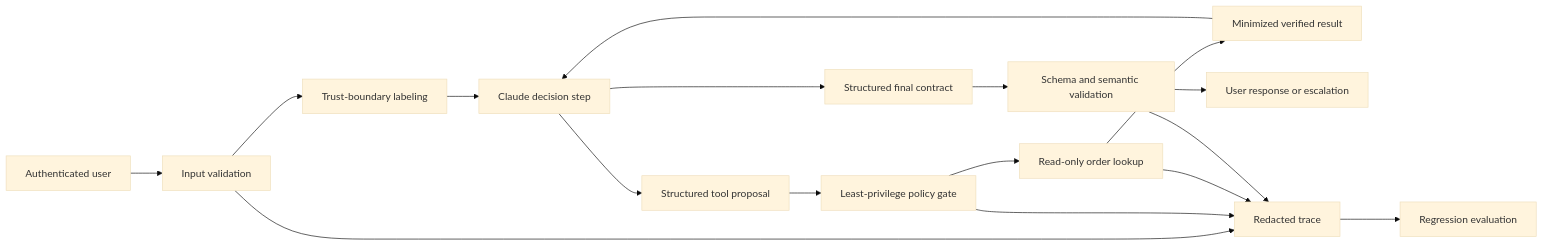
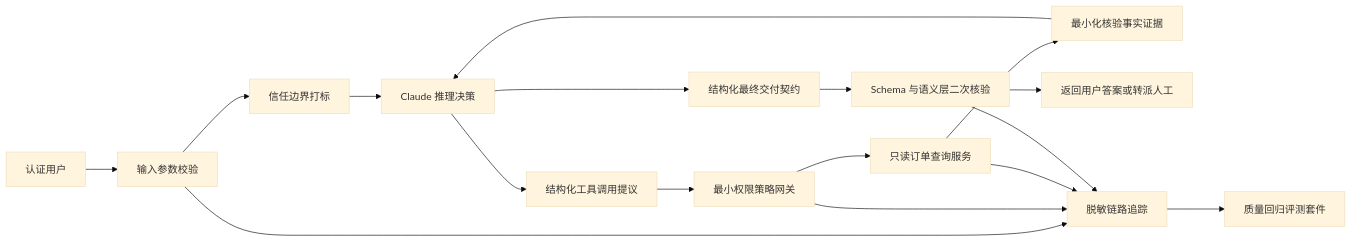
The first of 2 diagrams in certifications/claude/lessons/30-developer-application-capstone/docs/en.md (cluster1900/ai-engineering-from-scratch-zh), drawn with Mermaid (base theme) before and after one commit. The commit also changed other lines of this file and 187 other files, not shown here.

````diff
--- a/certifications/claude/lessons/30-developer-application-capstone/docs/en.md
+++ b/certifications/claude/lessons/30-developer-application-capstone/docs/en.md
@@ -70,19 +72,19 @@
 ```mermaid
 flowchart LR
-    User[Authenticated user] --> Intake[Input validation]
-    Intake --> Boundary[Trust-boundary labeling]
-    Boundary --> Claude[Claude decision step]
-    Claude --> Proposal[Structured tool proposal]
-    Proposal --> Gate[Least-privilege policy gate]
-    Gate --> Lookup[Read-only order lookup]
-    Lookup --> Evidence[Minimized verified result]
+    User[认证用户] --> Intake[输入参数校验]
+    Intake --> Boundary[信任边界打标]
+    Boundary --> Claude[Claude 推理决策]
+    Claude --> Proposal[结构化工具调用提议]
+    Proposal --> Gate[最小权限策略网关]
+    Gate --> Lookup[只读订单查询服务]
+    Lookup --> Evidence[最小化核验事实证据]
     Evidence --> Claude
-    Claude --> Contract[Structured final contract]
-    Contract --> Verify[Schema and semantic validation]
-    Verify --> Response[User response or escalation]
-    Intake --> Trace[Redacted trace]
+    Claude --> Contract[结构化最终交付契约]
+    Contract --> Verify[Schema 与语义层二次核验]
+    Verify --> Response[返回用户答案或转派人工]
+    Intake --> Trace[脱敏链路追踪]
     Gate --> Trace
     Lookup --> Trace
     Verify --> Trace
-    Trace --> Eval[Regression evaluation]
+    Trace --> Eval[质量回归评测套件]
 ```
````
